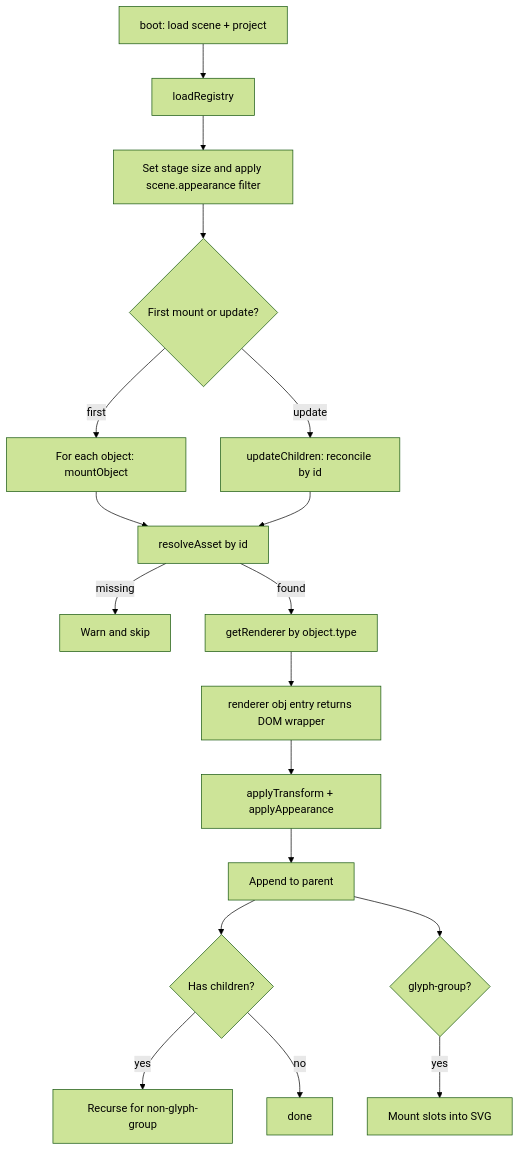
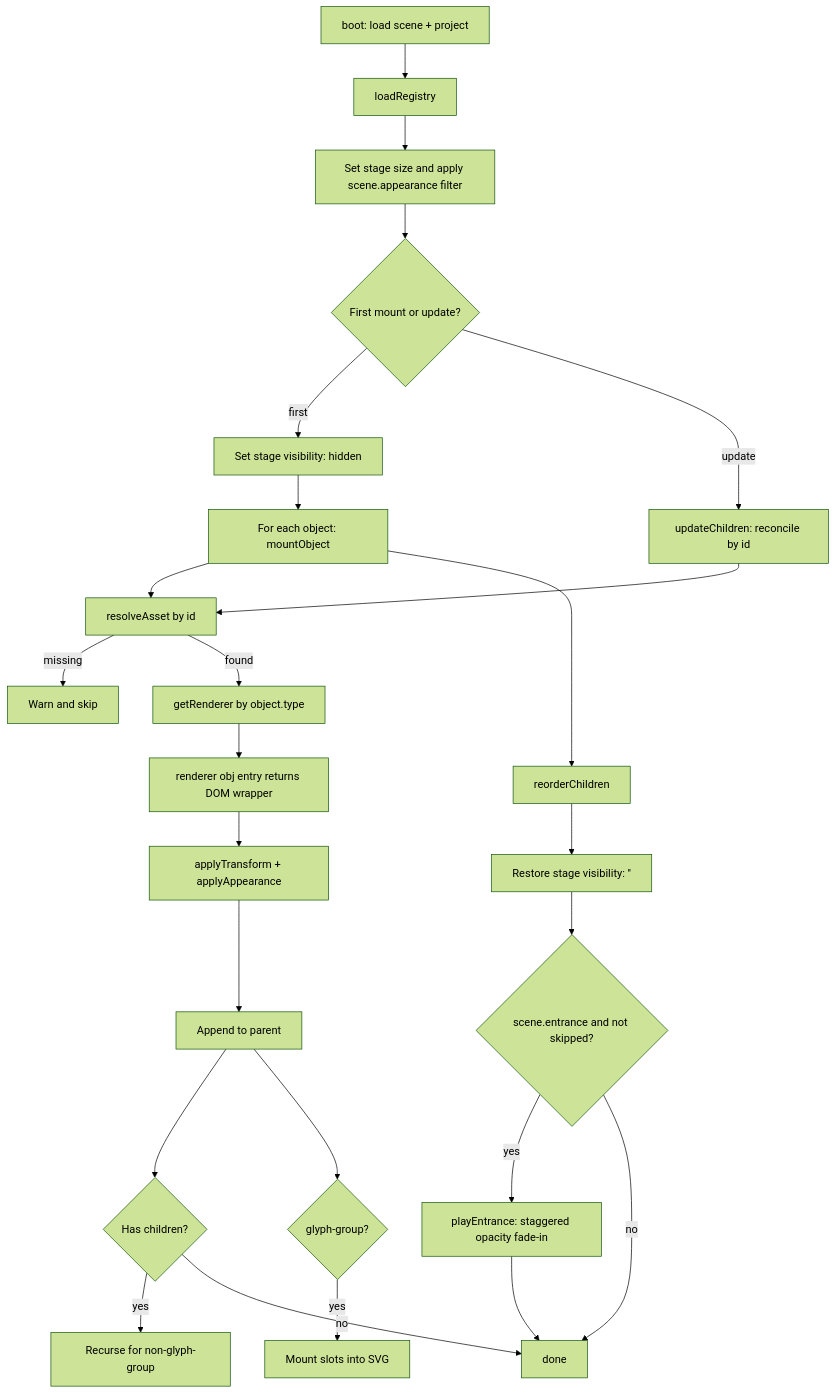
One commit to Codecaine-AI/MainMenu changed the diagram in docs/scene-engine/10-system-design/30-rendering-pipeline.md. Above: the diagram before and after it, drawn with Mermaid (forest theme). The commit also changed other lines of this file and 120 other files, not shown here.

````diff
--- a/docs/scene-engine/10-system-design/30-rendering-pipeline.md
+++ b/docs/scene-engine/10-system-design/30-rendering-pipeline.md
@@ -16,20 +16,27 @@
 ```mermaid
 flowchart TD
     A[boot: load scene + project] --> B[loadRegistry]
     B --> C[Set stage size and apply scene.appearance filter]
     C --> D{First mount or update?}
-    D -->|first| E[For each object: mountObject]
+    D -->|first| R[Set stage visibility: hidden]
     D -->|update| F[updateChildren: reconcile by id]
+    R --> E[For each object: mountObject]
     E --> G[resolveAsset by id]
     F --> G
     G -->|missing| H[Warn and skip]
     G -->|found| I[getRenderer by object.type]
     I --> J[renderer obj entry returns DOM wrapper]
     J --> K[applyTransform + applyAppearance]
     K --> L[Append to parent]
     L --> M{Has children?}
     M -->|yes| N[Recurse for non-glyph-group]
     M -->|no| O[done]
     L --> P{glyph-group?}
     P -->|yes| Q[Mount slots into SVG]
+    E --> S[reorderChildren]
+    S --> T[Restore stage visibility: '']
+    T --> U{scene.entrance and not skipped?}
+    U -->|yes| V[playEntrance: staggered opacity fade-in]
+    U -->|no| O
+    V --> O
 ```
````
